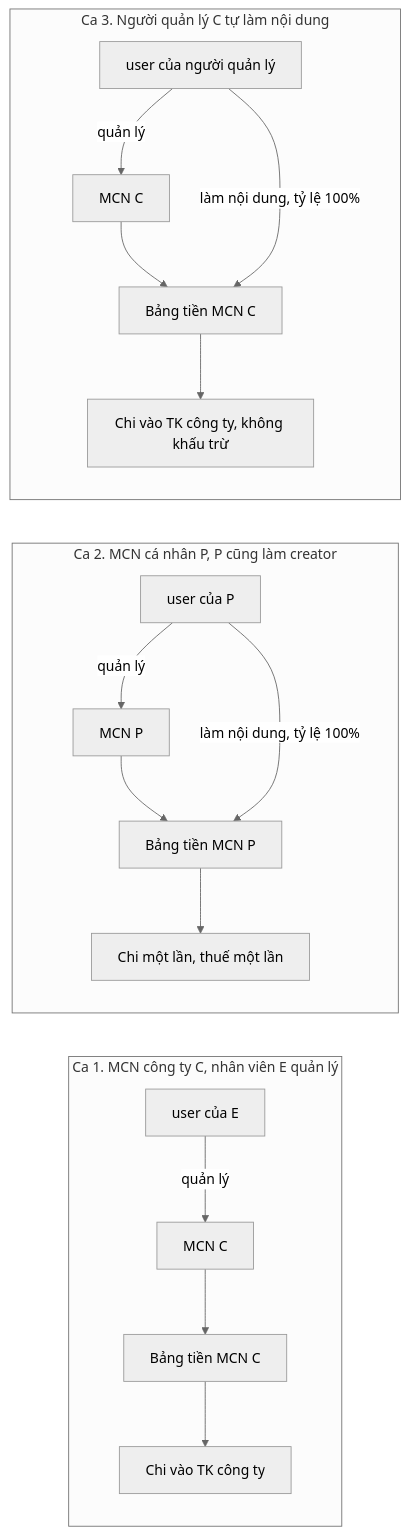
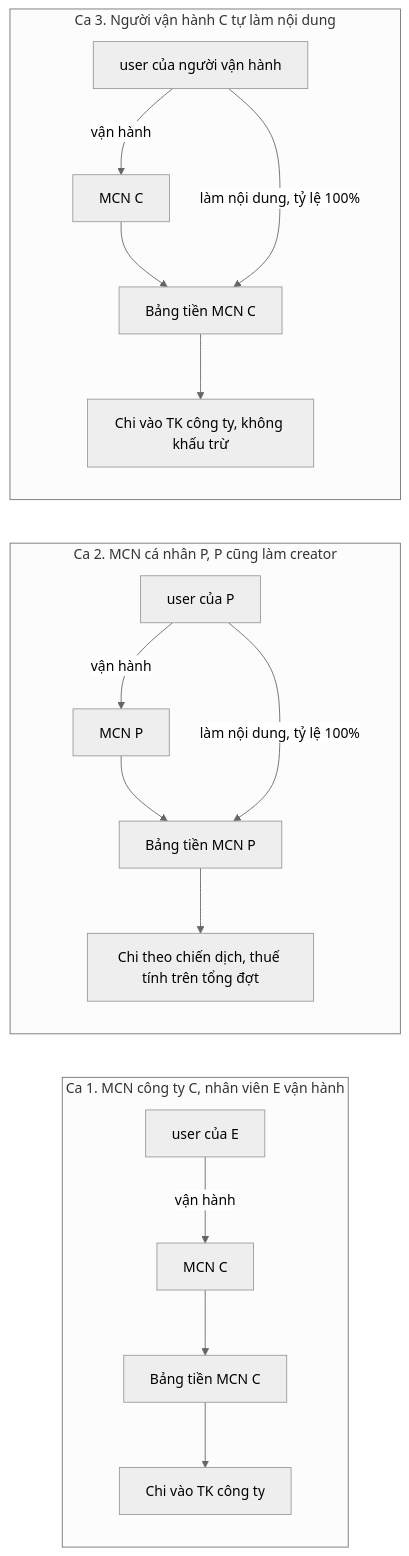
The first of 10 diagrams in mcn/techspec-mcn-phase1-2026-11-04.md (viewboost/accesstrade-docs), drawn with Mermaid (neutral theme) before and after one commit. The commit also changed other lines of this file, not shown here.

Commit message:
docs(mcn): tech spec v2.1 - ra soat cau chu cho de doc, sua mau thuan vi du, moc ap dung, co LedgerV2, so du am theo chien dich, cau hoi mo

````diff
--- a/mcn/techspec-mcn-phase1-2026-11-04.md
+++ b/mcn/techspec-mcn-phase1-2026-11-04.md
@@ -83,14 +84,14 @@
 ```mermaid
 flowchart LR
-  subgraph CA1["Ca 1. MCN công ty C, nhân viên E quản lý"]
-    UE["user của E"] -- "quản lý" --> C1["MCN C"] --> L1["Bảng tiền MCN C"] --> P1["Chi vào TK công ty"]
+  subgraph CA1["Ca 1. MCN công ty C, nhân viên E vận hành"]
+    UE["user của E"] -- "vận hành" --> MC1["MCN C"] --> L1["Bảng tiền MCN C"] --> P1["Chi vào TK công ty"]
   end
   subgraph CA2["Ca 2. MCN cá nhân P, P cũng làm creator"]
-    UP["user của P"] -- "quản lý" --> M2["MCN P"] --> L2["Bảng tiền MCN P"] --> P2O["Chi một lần, thuế một lần"]
+    UP["user của P"] -- "vận hành" --> M2["MCN P"] --> L2["Bảng tiền MCN P"] --> P2O["Chi theo chiến dịch, thuế tính trên tổng đợt"]
     UP -- "làm nội dung, tỷ lệ 100%" --> L2
   end
-  subgraph CA3["Ca 3. Người quản lý C tự làm nội dung"]
-    UC["user của người quản lý"] -- "quản lý" --> C3["MCN C"] --> L3["Bảng tiền MCN C"] --> P3O["Chi vào TK công ty, không khấu trừ"]
+  subgraph CA3["Ca 3. Người vận hành C tự làm nội dung"]
+    UC["user của người vận hành"] -- "vận hành" --> MC3["MCN C"] --> L3["Bảng tiền MCN C"] --> P3O["Chi vào TK công ty, không khấu trừ"]
     UC -- "làm nội dung, tỷ lệ 100%" --> L3
   end
 ```
````
